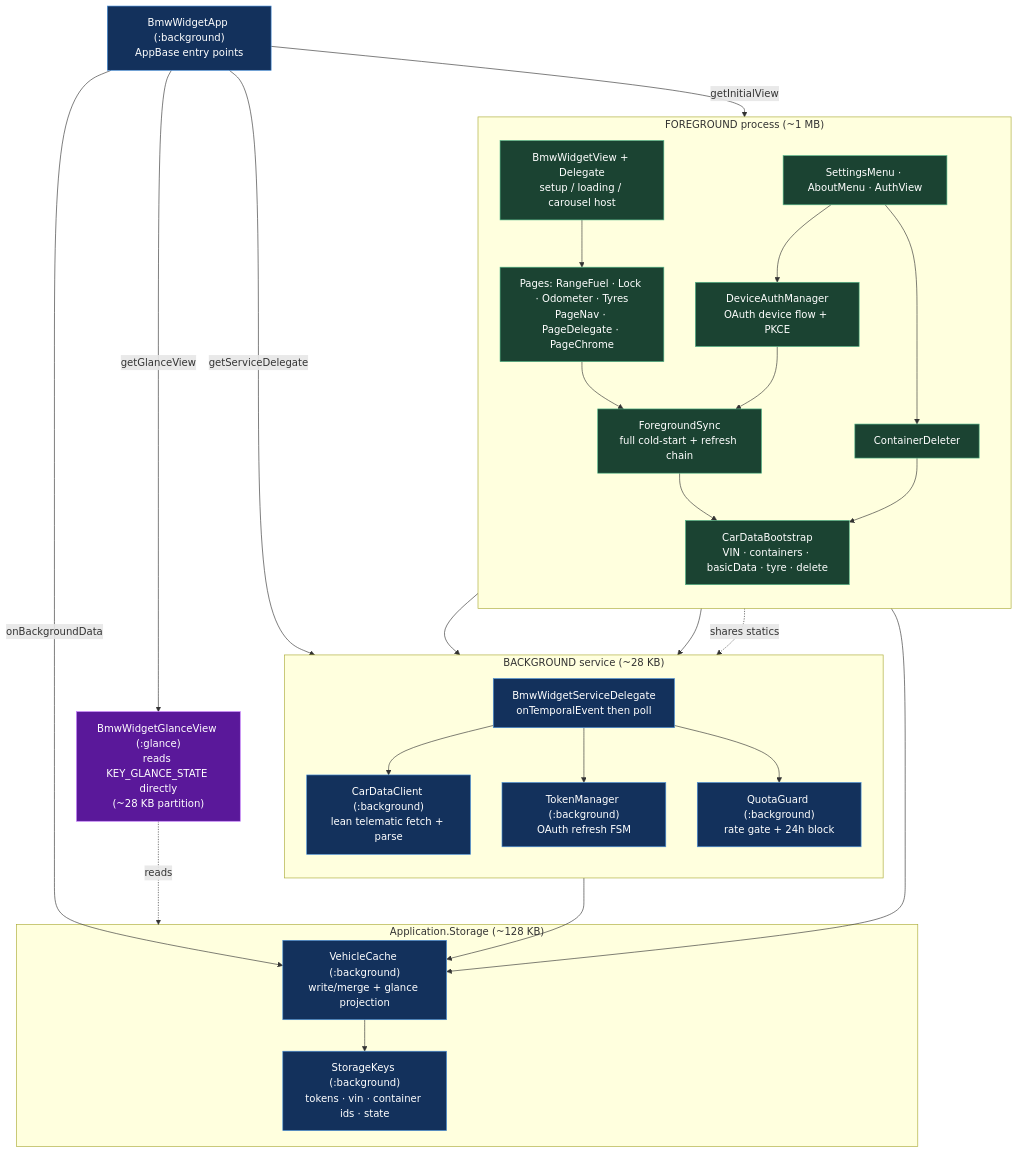
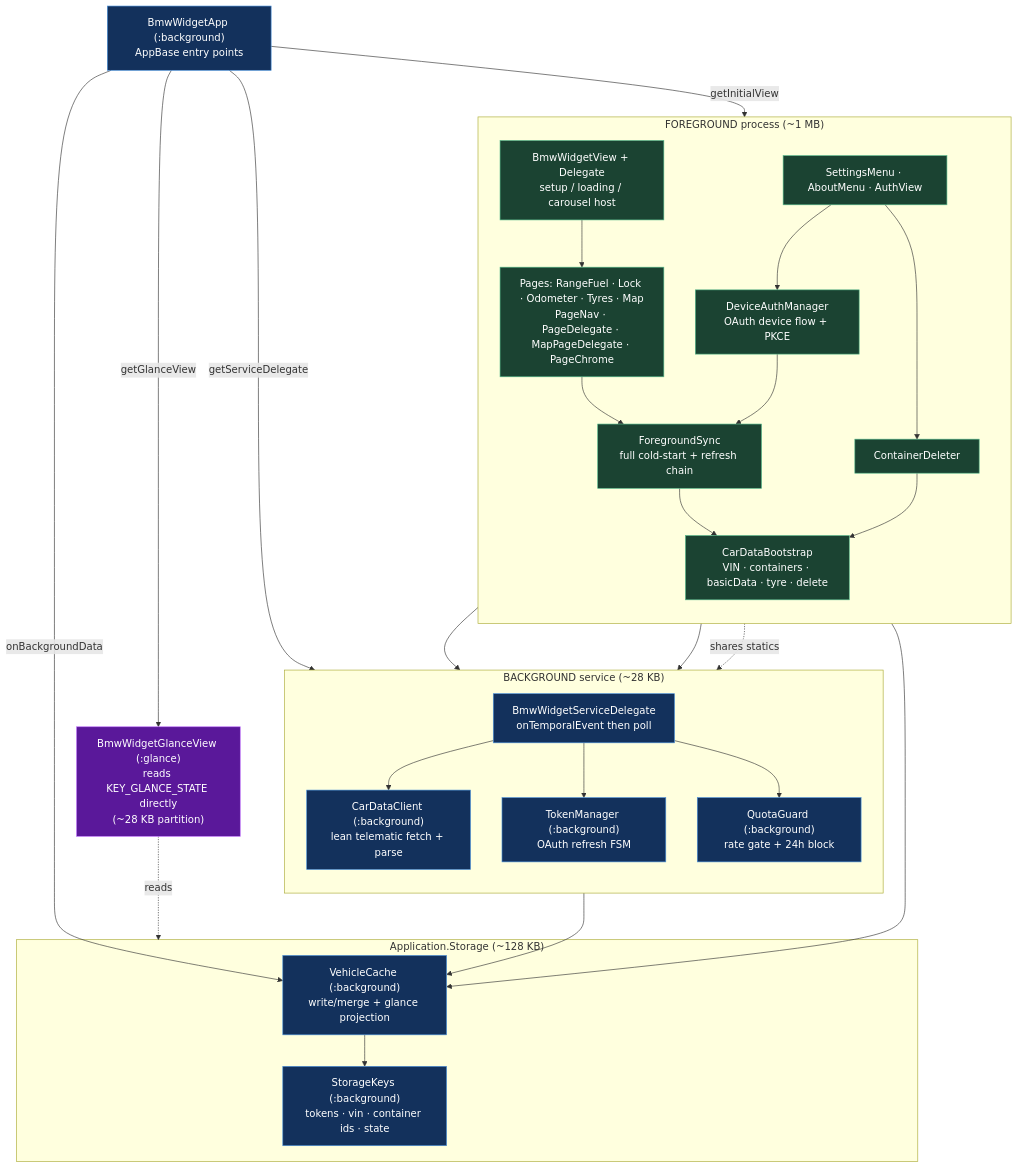
The diagram in docs/diagrams/01-component-map.mmd (viper-sl/grm_bmw_widget), drawn with Mermaid before and after one commit. The commit also changed 15 other files, not shown here.

```diff
--- a/docs/diagrams/01-component-map.mmd
+++ b/docs/diagrams/01-component-map.mmd
@@ -1,58 +1,58 @@
 graph TB
     APP["BmwWidgetApp (:background)<br/>AppBase entry points"]
 
     subgraph FG["FOREGROUND process (~1 MB)"]
         direction TB
         VIEW["BmwWidgetView + Delegate<br/>setup / loading / carousel host"]
-        PAGES["Pages: RangeFuel · Lock · Odometer · Tyres<br/>PageNav · PageDelegate · PageChrome"]
+        PAGES["Pages: RangeFuel · Lock · Odometer · Tyres · Map<br/>PageNav · PageDelegate · MapPageDelegate · PageChrome"]
         MENUS["SettingsMenu · AboutMenu · AuthView"]
         FSYNC["ForegroundSync<br/>full cold-start + refresh chain"]
         BOOT["CarDataBootstrap<br/>VIN · containers · basicData · tyre · delete"]
         AUTH["DeviceAuthManager<br/>OAuth device flow + PKCE"]
         CDEL["ContainerDeleter"]
     end
 
     subgraph BG["BACKGROUND service (~28 KB)"]
         direction TB
         SVC["BmwWidgetServiceDelegate<br/>onTemporalEvent then poll"]
         CDC["CarDataClient (:background)<br/>lean telematic fetch + parse"]
         TOK["TokenManager (:background)<br/>OAuth refresh FSM"]
         QG["QuotaGuard (:background)<br/>rate gate + 24h block"]
     end
 
     GLANCE["BmwWidgetGlanceView (:glance)<br/>reads KEY_GLANCE_STATE directly<br/>(~28 KB partition)"]
 
     subgraph STORE["Application.Storage (~128 KB)"]
         VC["VehicleCache (:background)<br/>write/merge + glance projection"]
         KEYS["StorageKeys (:background)<br/>tokens · vin · container ids · state"]
     end
 
     APP -->|"getInitialView"| VIEW
     APP -->|"getGlanceView"| GLANCE
     APP -->|"getServiceDelegate"| SVC
     APP -->|"onBackgroundData"| VC
 
     VIEW --> PAGES --> FSYNC
     MENUS --> AUTH
     MENUS --> CDEL
     AUTH --> FSYNC
     FSYNC --> BOOT
     FSYNC --> CDC
     FSYNC --> TOK
     CDEL --> BOOT
     BOOT -.->|"shares statics"| CDC
 
     SVC --> CDC
     SVC --> TOK
     SVC --> QG
     CDC --> VC
     FSYNC --> VC
     GLANCE -.->|"reads"| STORE
     VC --> KEYS
 
     classDef bg fill:#13315c,stroke:#4a90d9,color:#fff;
     classDef fg fill:#1b4332,stroke:#52b788,color:#fff;
     classDef gl fill:#5a189a,stroke:#c77dff,color:#fff;
     class SVC,CDC,TOK,QG,VC,KEYS,APP bg;
     class VIEW,PAGES,MENUS,FSYNC,BOOT,AUTH,CDEL fg;
     class GLANCE gl;
```
